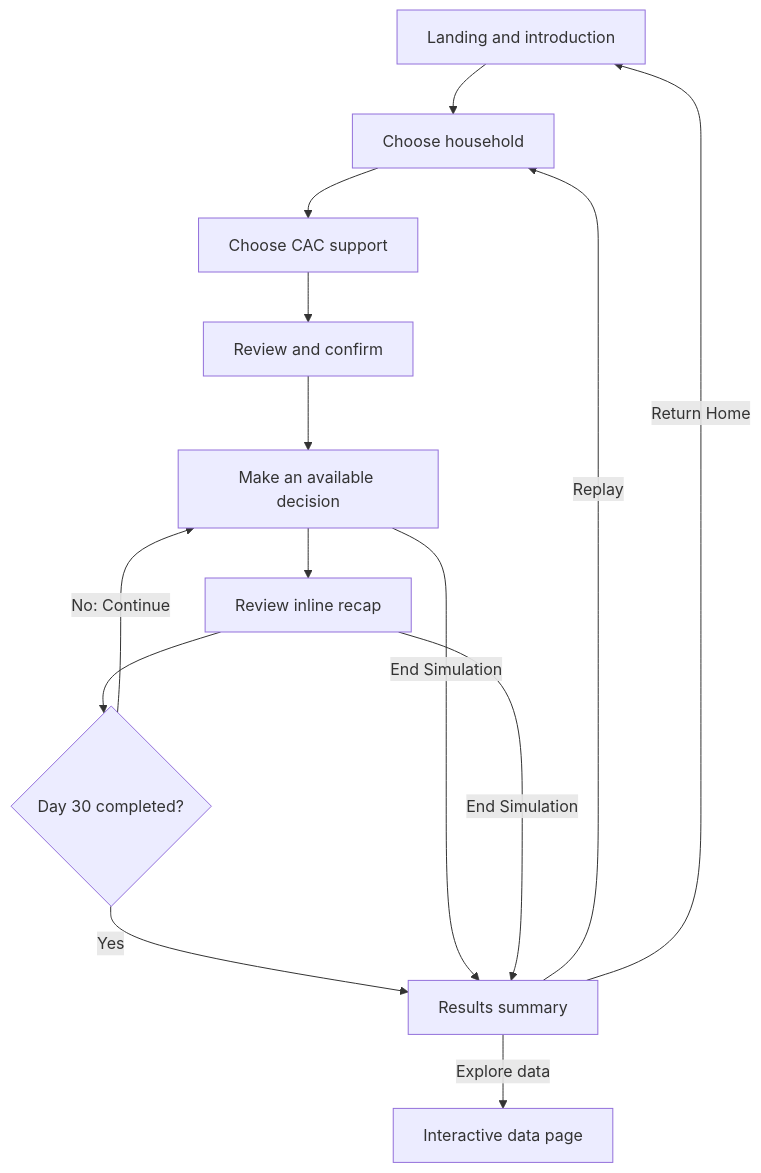
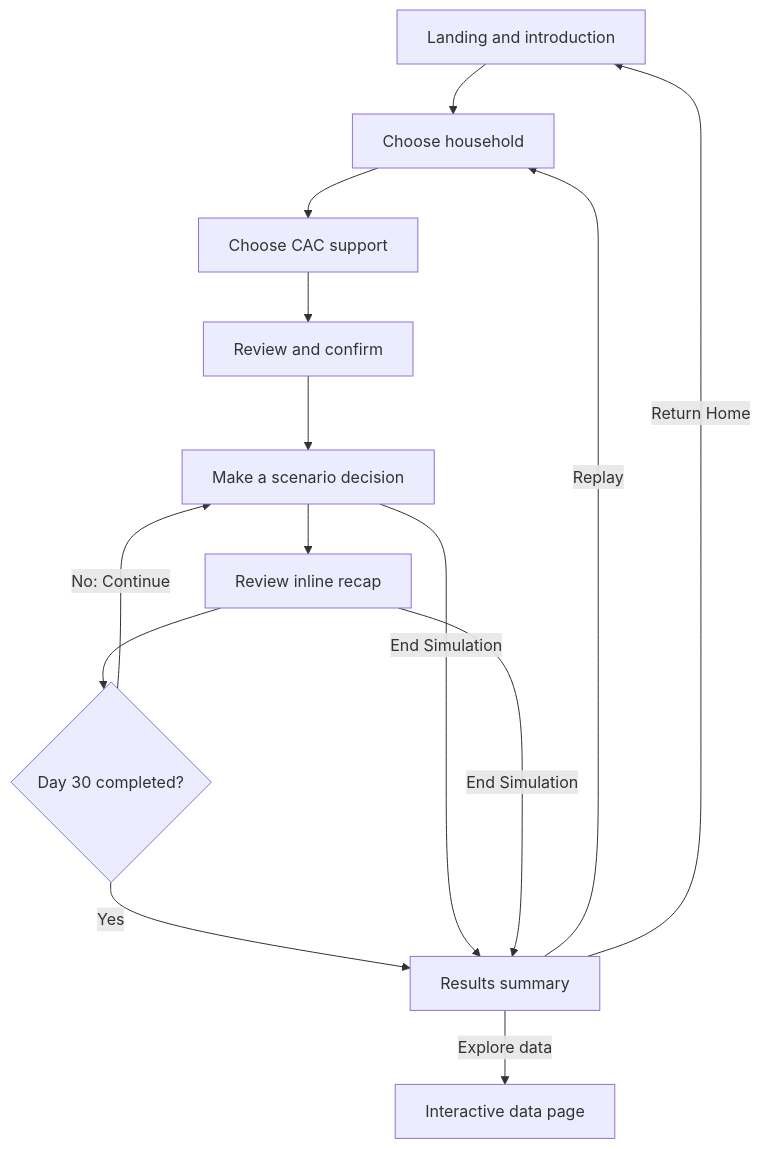
The first of 2 diagrams in design/user-flows.md (mariannglasier/team6310), drawn with Mermaid before and after one commit.

Commit message:
Update available in user flows diagram

````diff
--- a/design/user-flows.md
+++ b/design/user-flows.md
@@ -18,16 +18,16 @@
 ```mermaid
 flowchart TD
     L["Landing and introduction"] --> H["Choose household"]
     H --> C["Choose CAC support"]
     C --> R["Review and confirm"]
-    R --> D["Make an available decision"]
+    R --> D["Make a scenario decision"]
     D --> A["Review inline recap"]
     A --> N{"Day 30 completed?"}
     N -->|No: Continue| D
     N -->|Yes| E["Results summary"]
     D -->|End Simulation| E
     A -->|End Simulation| E
     E -->|Replay| H
     E -->|Explore data| V["Interactive data page"]
     E -->|Return Home| L
 ```
````
